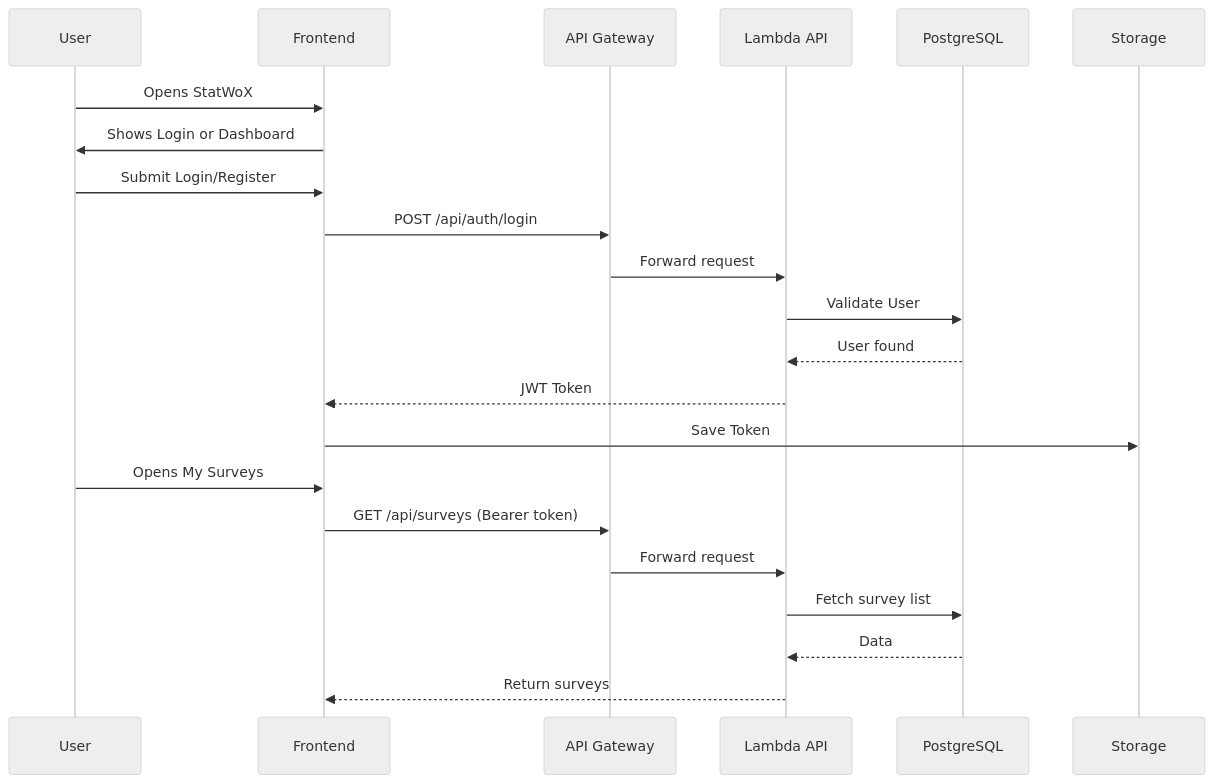
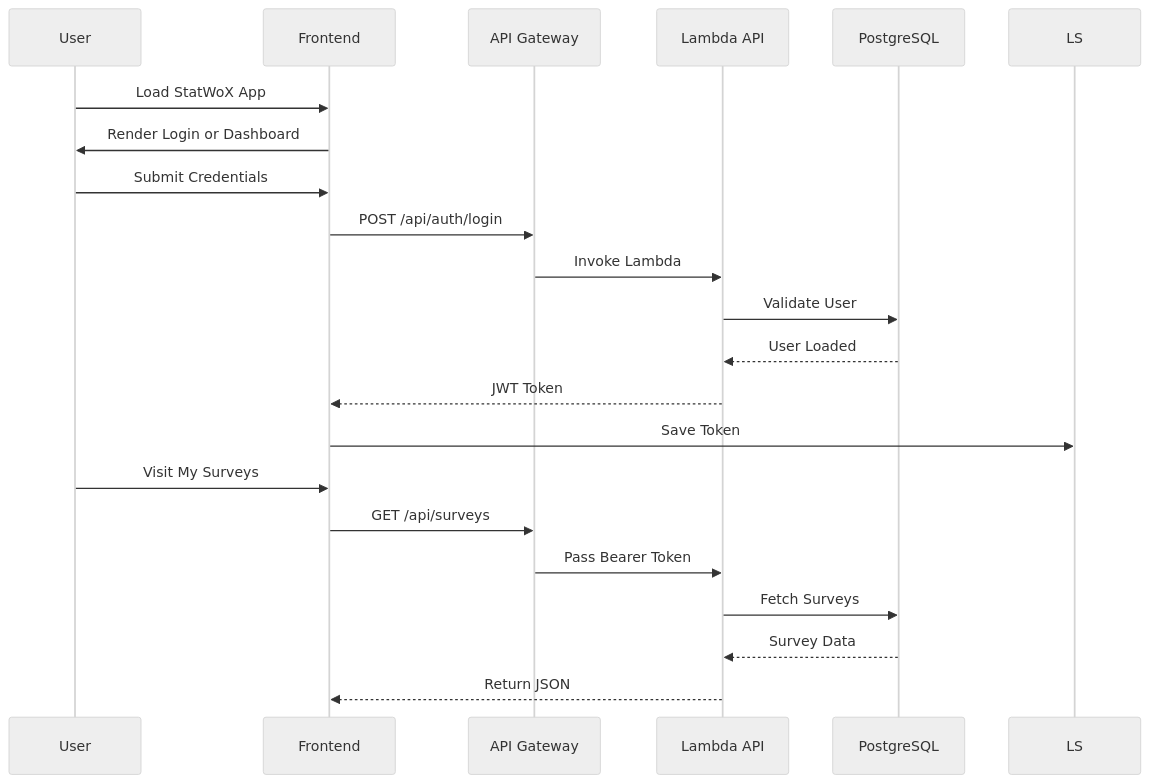
One commit to MrCh0p808/StatWoX changed the third of 3 diagrams in README.md. Above: the diagram before and after it, drawn with Mermaid (neutral theme). The commit also changed other lines of this file, not shown here.

````diff
--- a/README.md
+++ b/README.md
@@ -93,25 +185,25 @@
 ```mermaid
 sequenceDiagram
     participant U as User
     participant FE as Frontend
     participant API as API Gateway
     participant L as Lambda API
     participant DB as PostgreSQL
 
-    U->>FE: Opens StatWoX
-    FE->>U: Shows Login or Dashboard
-    U->>FE: Submit Login/Register
+    U->>FE: Load StatWoX App
+    FE->>U: Render Login or Dashboard
+    U->>FE: Submit Credentials
     FE->>API: POST /api/auth/login
-    API->>L: Forward request
+    API->>L: Invoke Lambda
     L->>DB: Validate User
-    DB-->>L: User found
+    DB-->>L: User Loaded
     L-->>FE: JWT Token
-    FE->>Storage: Save Token
+    FE->>LS: Save Token
 
-    U->>FE: Opens My Surveys
-    FE->>API: GET /api/surveys (Bearer token)
-    API->>L: Forward request
-    L->>DB: Fetch survey list
-    DB-->>L: Data
-    L-->>FE: Return surveys
+    U->>FE: Visit My Surveys
+    FE->>API: GET /api/surveys
+    API->>L: Pass Bearer Token
+    L->>DB: Fetch Surveys
+    DB-->>L: Survey Data
+    L-->>FE: Return JSON
 ```
````
